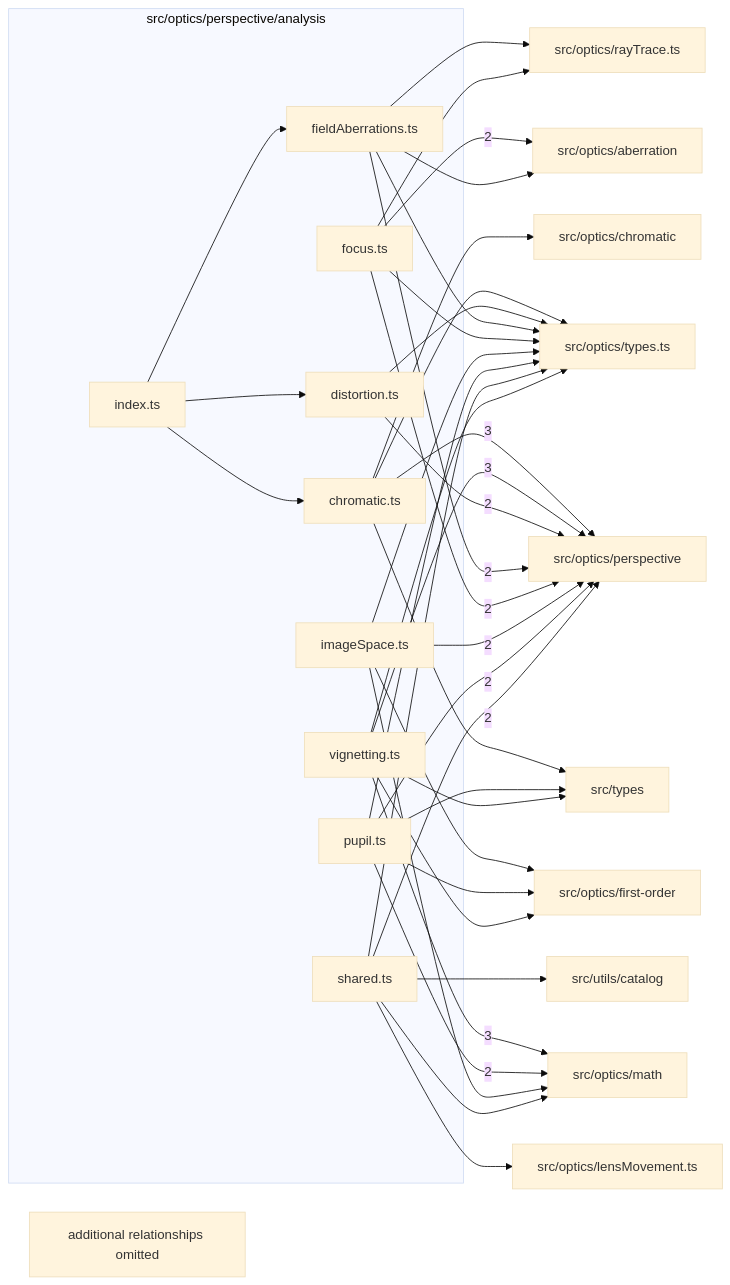
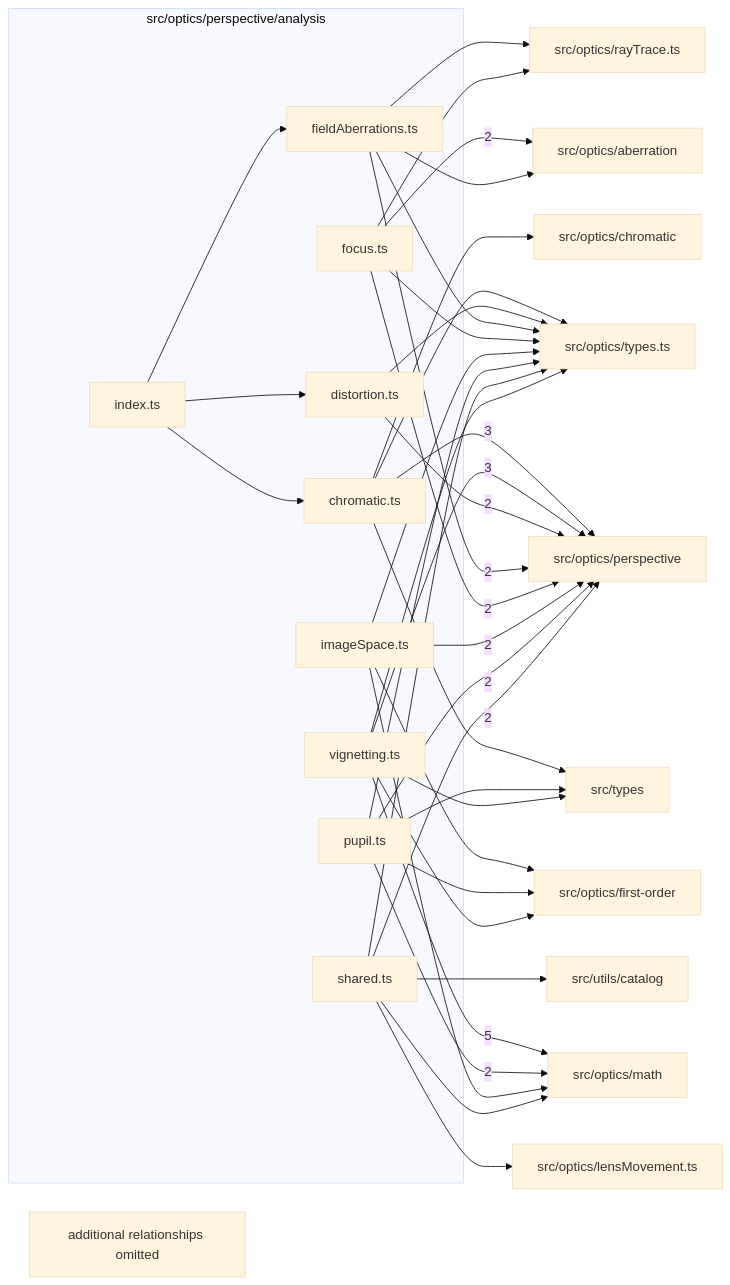
Before and after one commit to ronbuening/LensVisualizer: the diagram in src/optics/perspective/analysis/readme.md, drawn with Mermaid (base theme). The commit also changed other lines of this file and 20 other files, not shown here.

````diff
--- a/src/optics/perspective/analysis/readme.md
+++ b/src/optics/perspective/analysis/readme.md
@@ -9,61 +9,61 @@
 ```mermaid
 flowchart LR
   subgraph n_src_optics_perspective_analysis["src/optics/perspective/analysis"]
     n_src_optics_perspective_analysis_src_optics_perspective_analysis_chromatic_ts["chromatic.ts"]
     n_src_optics_perspective_analysis_src_optics_perspective_analysis_distortion_ts["distortion.ts"]
     n_src_optics_perspective_analysis_src_optics_perspective_analysis_fieldAberrations_ts["fieldAberrations.ts"]
     n_src_optics_perspective_analysis_src_optics_perspective_analysis_focus_ts["focus.ts"]
     n_src_optics_perspective_analysis_src_optics_perspective_analysis_imageSpace_ts["imageSpace.ts"]
     n_src_optics_perspective_analysis_src_optics_perspective_analysis_index_ts["index.ts"]
     n_src_optics_perspective_analysis_src_optics_perspective_analysis_pupil_ts["pupil.ts"]
     n_src_optics_perspective_analysis_src_optics_perspective_analysis_shared_ts["shared.ts"]
     n_src_optics_perspective_analysis_src_optics_perspective_analysis_vignetting_ts["vignetting.ts"]
   end
   n_external_src_optics_math["src/optics/math"]
   n_external_src_optics_perspective["src/optics/perspective"]
   n_external_src_optics_aberration["src/optics/aberration"]
   n_external_src_optics_chromatic["src/optics/chromatic"]
   n_external_src_optics_first_order["src/optics/first-order"]
   n_external_src_optics_lensMovement_ts["src/optics/lensMovement.ts"]
   n_external_src_optics_rayTrace_ts["src/optics/rayTrace.ts"]
   n_external_src_optics_types_ts["src/optics/types.ts"]
   n_external_src_types["src/types"]
   n_external_src_utils_catalog["src/utils/catalog"]
-  n_src_optics_perspective_analysis_src_optics_perspective_analysis_vignetting_ts --> |3| n_external_src_optics_math
+  n_src_optics_perspective_analysis_src_optics_perspective_analysis_vignetting_ts --> |5| n_external_src_optics_math
   n_src_optics_perspective_analysis_src_optics_perspective_analysis_chromatic_ts --> |3| n_external_src_optics_perspective
   n_src_optics_perspective_analysis_src_optics_perspective_analysis_vignetting_ts --> |3| n_external_src_optics_perspective
   n_src_optics_perspective_analysis_src_optics_perspective_analysis_focus_ts --> |2| n_external_src_optics_aberration
   n_src_optics_perspective_analysis_src_optics_perspective_analysis_pupil_ts --> |2| n_external_src_optics_math
   n_src_optics_perspective_analysis_src_optics_perspective_analysis_distortion_ts --> |2| n_external_src_optics_perspective
   n_src_optics_perspective_analysis_src_optics_perspective_analysis_fieldAberrations_ts --> |2| n_external_src_optics_perspective
   n_src_optics_perspective_analysis_src_optics_perspective_analysis_focus_ts --> |2| n_external_src_optics_perspective
   n_src_optics_perspective_analysis_src_optics_perspective_analysis_imageSpace_ts --> |2| n_external_src_optics_perspective
   n_src_optics_perspective_analysis_src_optics_perspective_analysis_pupil_ts --> |2| n_external_src_optics_perspective
   n_src_optics_perspective_analysis_src_optics_perspective_analysis_shared_ts --> |2| n_external_src_optics_perspective
   n_src_optics_perspective_analysis_src_optics_perspective_analysis_fieldAberrations_ts --> n_external_src_optics_aberration
   n_src_optics_perspective_analysis_src_optics_perspective_analysis_chromatic_ts --> n_external_src_optics_chromatic
   n_src_optics_perspective_analysis_src_optics_perspective_analysis_imageSpace_ts --> n_external_src_optics_first_order
   n_src_optics_perspective_analysis_src_optics_perspective_analysis_pupil_ts --> n_external_src_optics_first_order
   n_src_optics_perspective_analysis_src_optics_perspective_analysis_vignetting_ts --> n_external_src_optics_first_order
   n_src_optics_perspective_analysis_src_optics_perspective_analysis_shared_ts --> n_external_src_optics_lensMovement_ts
   n_src_optics_perspective_analysis_src_optics_perspective_analysis_imageSpace_ts --> n_external_src_optics_math
   n_src_optics_perspective_analysis_src_optics_perspective_analysis_shared_ts --> n_external_src_optics_math
   n_src_optics_perspective_analysis_src_optics_perspective_analysis_fieldAberrations_ts --> n_external_src_optics_rayTrace_ts
   n_src_optics_perspective_analysis_src_optics_perspective_analysis_focus_ts --> n_external_src_optics_rayTrace_ts
   n_src_optics_perspective_analysis_src_optics_perspective_analysis_chromatic_ts --> n_external_src_optics_types_ts
   n_src_optics_perspective_analysis_src_optics_perspective_analysis_distortion_ts --> n_external_src_optics_types_ts
   n_src_optics_perspective_analysis_src_optics_perspective_analysis_fieldAberrations_ts --> n_external_src_optics_types_ts
   n_src_optics_perspective_analysis_src_optics_perspective_analysis_focus_ts --> n_external_src_optics_types_ts
   n_src_optics_perspective_analysis_src_optics_perspective_analysis_imageSpace_ts --> n_external_src_optics_types_ts
   n_src_optics_perspective_analysis_src_optics_perspective_analysis_pupil_ts --> n_external_src_optics_types_ts
   n_src_optics_perspective_analysis_src_optics_perspective_analysis_shared_ts --> n_external_src_optics_types_ts
   n_src_optics_perspective_analysis_src_optics_perspective_analysis_vignetting_ts --> n_external_src_optics_types_ts
   n_src_optics_perspective_analysis_src_optics_perspective_analysis_chromatic_ts --> n_external_src_types
   n_src_optics_perspective_analysis_src_optics_perspective_analysis_pupil_ts --> n_external_src_types
   n_src_optics_perspective_analysis_src_optics_perspective_analysis_vignetting_ts --> n_external_src_types
   n_src_optics_perspective_analysis_src_optics_perspective_analysis_shared_ts --> n_external_src_utils_catalog
   n_src_optics_perspective_analysis_src_optics_perspective_analysis_index_ts --> n_src_optics_perspective_analysis_src_optics_perspective_analysis_chromatic_ts
   n_src_optics_perspective_analysis_src_optics_perspective_analysis_index_ts --> n_src_optics_perspective_analysis_src_optics_perspective_analysis_distortion_ts
   n_src_optics_perspective_analysis_src_optics_perspective_analysis_index_ts --> n_src_optics_perspective_analysis_src_optics_perspective_analysis_fieldAberrations_ts
   n_src_optics_perspective_analysis_truncated["additional relationships omitted"]
 ```
````
